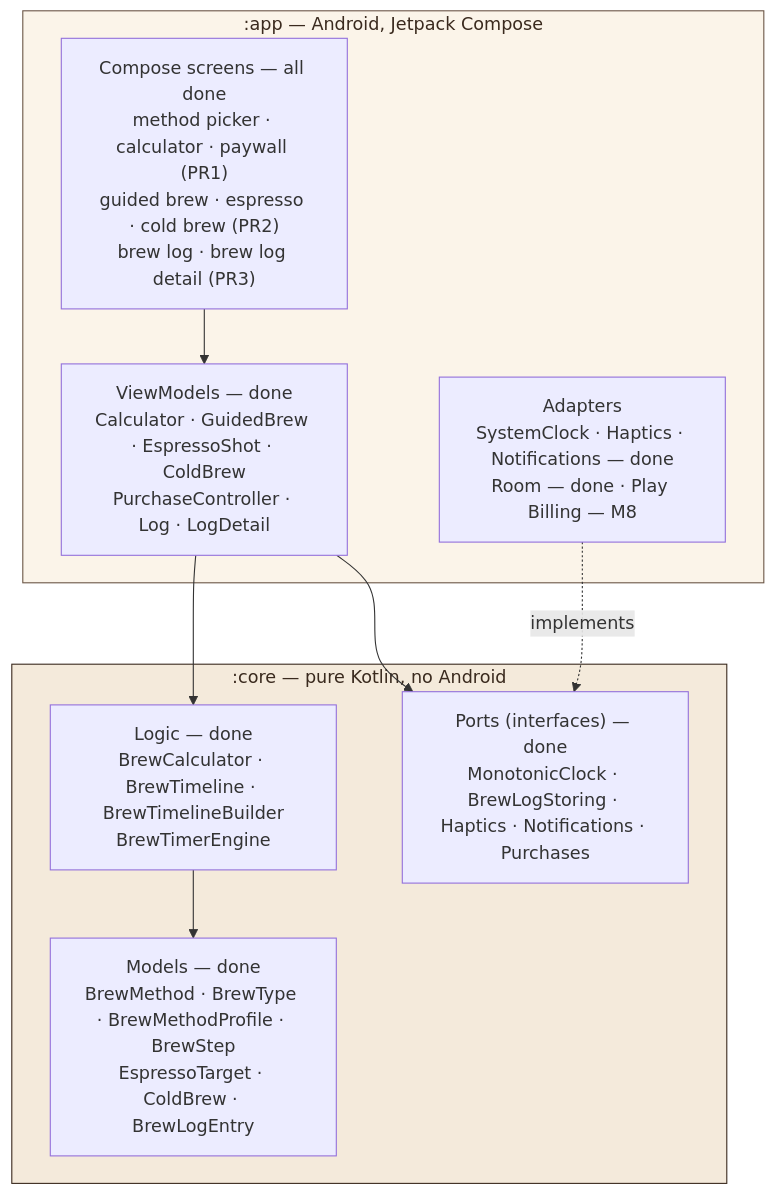
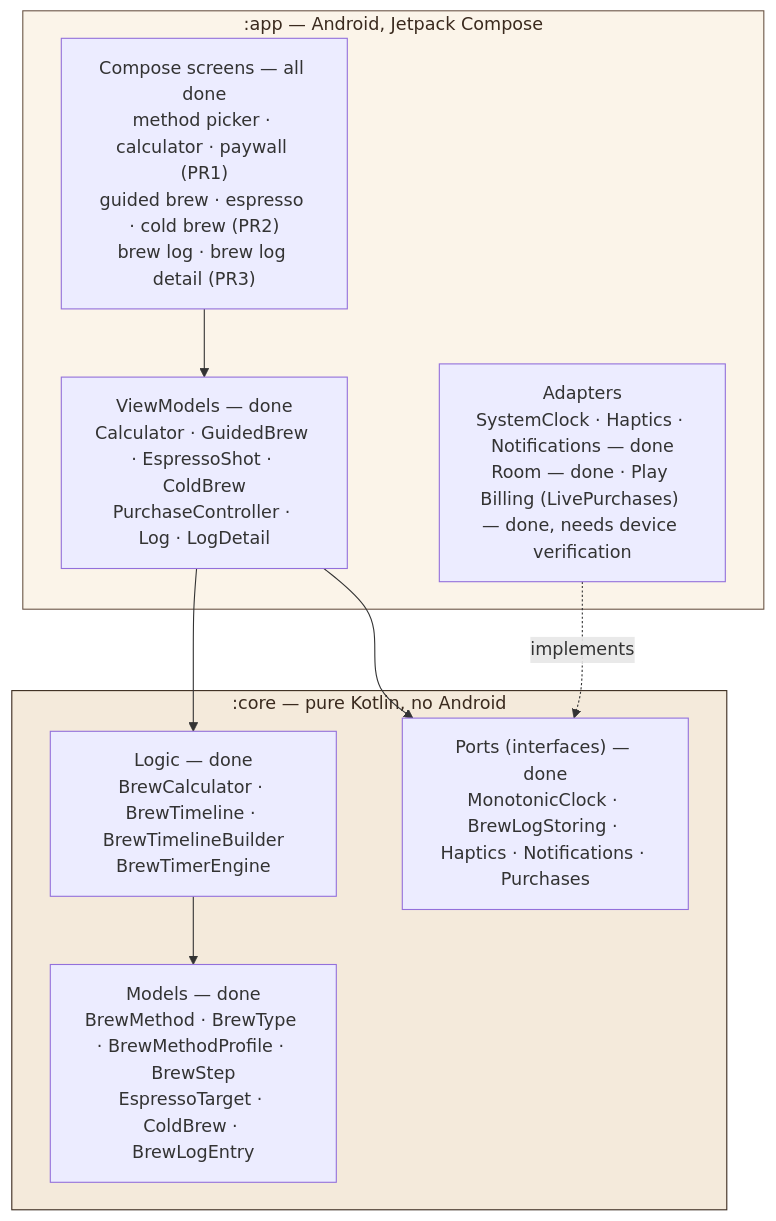
Before and after one commit to JayReece313/coffeegrams-android: the first of 3 diagrams in ARCHITECTURE.md, drawn with Mermaid. The commit also changed other lines of this file and 11 other files, not shown here.

First line of the commit message:
M8: Google Play Billing — LivePurchases adapter and paywall wiring

````diff
--- a/ARCHITECTURE.md
+++ b/ARCHITECTURE.md
@@ -55,23 +63,23 @@
 ```mermaid
 graph TD
     subgraph app[":app — Android, Jetpack Compose"]
         UI["Compose screens — all done<br/>method picker · calculator · paywall (PR1)<br/>guided brew · espresso · cold brew (PR2)<br/>brew log · brew log detail (PR3)"]
         VM["ViewModels — done<br/>Calculator · GuidedBrew · EspressoShot · ColdBrew<br/>PurchaseController · Log · LogDetail"]
-        AD["Adapters<br/>SystemClock · Haptics · Notifications — done<br/>Room — done · Play Billing — M8"]
+        AD["Adapters<br/>SystemClock · Haptics · Notifications — done<br/>Room — done · Play Billing (LivePurchases) — done, needs device verification"]
     end
 
     subgraph core[":core — pure Kotlin, no Android"]
         M["Models — done<br/>BrewMethod · BrewType · BrewMethodProfile · BrewStep<br/>EspressoTarget · ColdBrew · BrewLogEntry"]
         L["Logic — done<br/>BrewCalculator · BrewTimeline · BrewTimelineBuilder<br/>BrewTimerEngine"]
         P["Ports (interfaces) — done<br/>MonotonicClock · BrewLogStoring · Haptics · Notifications · Purchases"]
     end
 
     UI --> VM
     VM --> L
     VM --> P
     L --> M
     AD -.implements.-> P
 
     style core fill:#F4EADB,stroke:#3A2A1E,color:#3A2A1E
     style app fill:#FBF4E9,stroke:#6B5647,color:#3A2A1E
 ```
````
